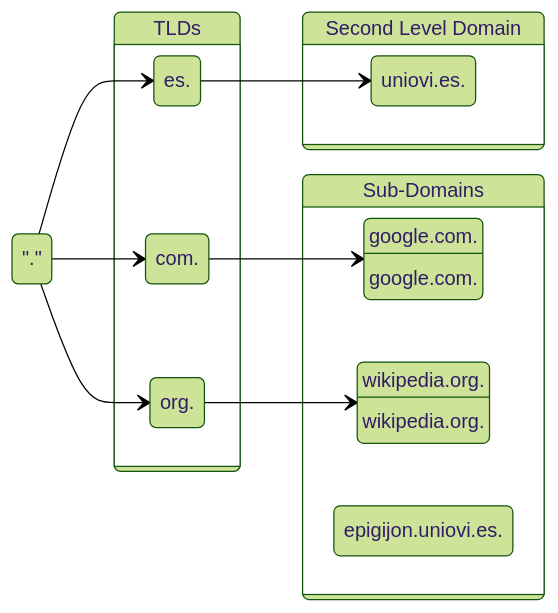
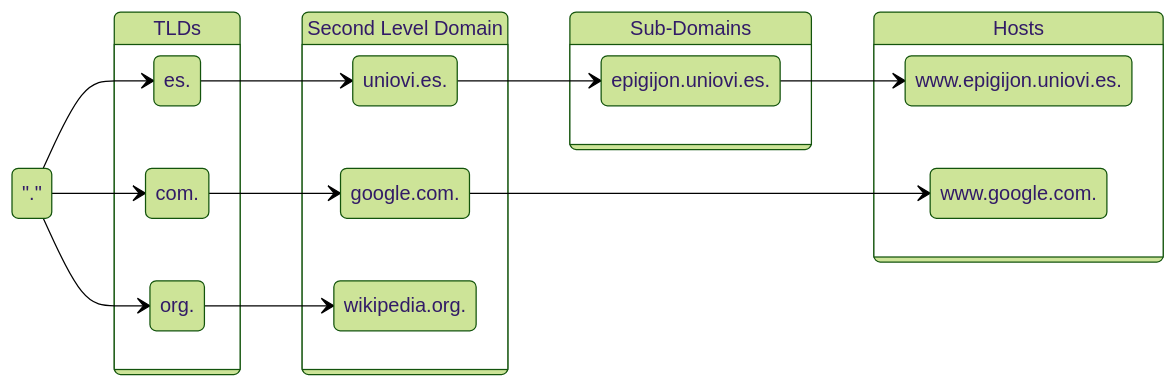
Before and after one commit to uo294319/Notes: the third of 3 diagrams in 4S1/4S1_Servicios/data/T3-1.md, drawn with Mermaid (forest theme).

Commit message:
Desktop-AAM 2025-11-7:9:41:22

````diff
--- a/4S1/4S1_Servicios/data/T3-1.md
+++ b/4S1/4S1_Servicios/data/T3-1.md
@@ -72,30 +72,37 @@
 ```mermaid
 stateDiagram-v2
 	direction LR
 	Root : "."
 	state "TLDs" as L1 {
 		ES : es.
 		COM : com.
 		ORG : org.
 	}
 	
 	state "Second Level Domain" as L2 {
 		UNIOVI : uniovi.es.
 		GOOGLE : google.com.
 		WIKI : wikipedia.org.
 	}
 	
 	state "Sub-Domains" as L3 {
 		EPI : epigijon.uniovi.es.
-		GOOGLE : google.com.
-		WIKI : wikipedia.org.
+	}
+	
+	state "Hosts" as L4 {
+		WWWEPI : www\.epigijon\.uniovi\.es\.
+		WWWGOOGLE : www\.google\.com\.
 	}
 	
 	Root --> ES
 	Root --> COM
 	Root --> ORG
     
     ES --> UNIOVI
     COM --> GOOGLE
     ORG --> WIKI
+    
+    UNIOVI --> EPI
+    EPI --> WWWEPI
+    GOOGLE --> WWWGOOGLE
 ```
````
